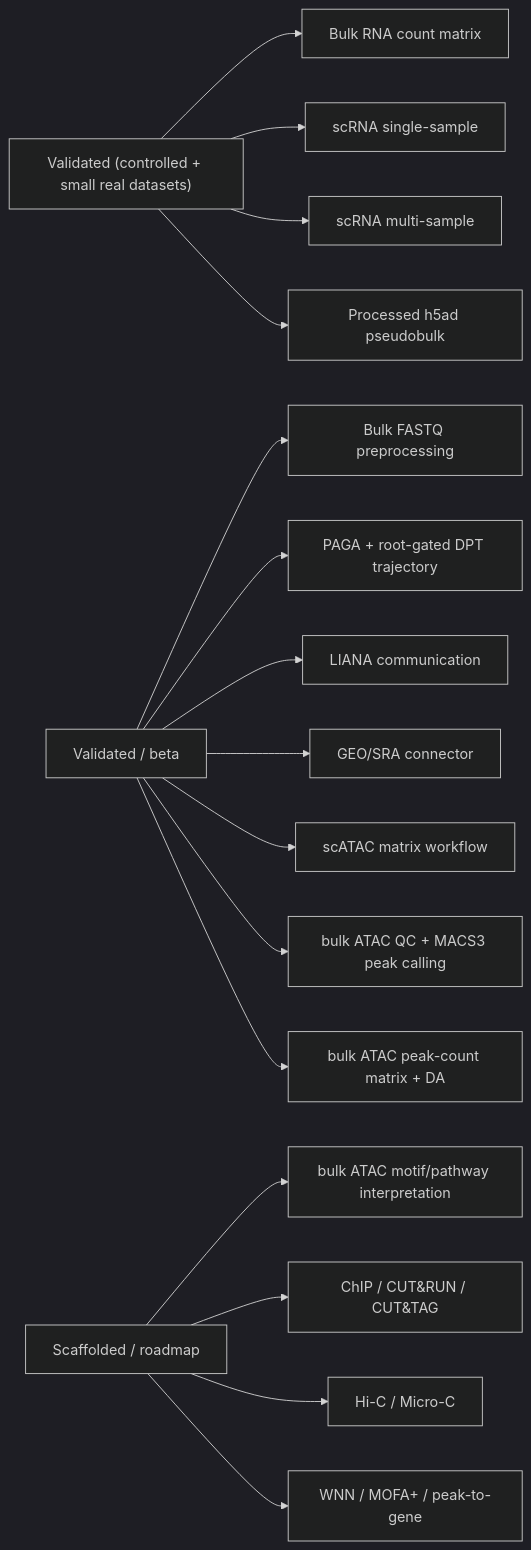
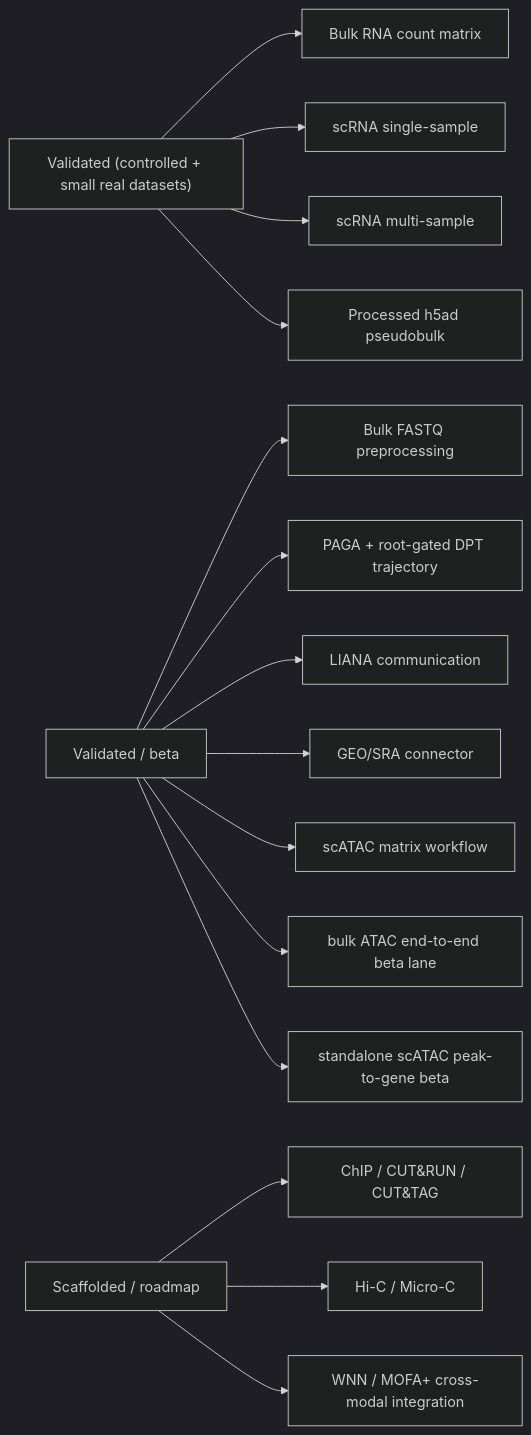
One commit to Olascoaga/aria-omics changed the diagram in docs/diagrams/validation_boundary.mmd. Above: the diagram before and after it, drawn with Mermaid (dark theme). The commit also changed 19 other files, not shown here.

```diff
--- a/docs/diagrams/validation_boundary.mmd
+++ b/docs/diagrams/validation_boundary.mmd
@@ -1,16 +1,15 @@
 flowchart LR
     A["Validated (controlled + small real datasets)"] --> A1[Bulk RNA count matrix]
     A --> A2[scRNA single-sample]
     A --> A3[scRNA multi-sample]
     A --> A4[Processed h5ad pseudobulk]
     B[Validated / beta] --> B1[Bulk FASTQ preprocessing]
     B --> B2[PAGA + root-gated DPT trajectory]
     B --> B3[LIANA communication]
     B --> B4[GEO/SRA connector]
     B --> B5[scATAC matrix workflow]
-    B --> B6[bulk ATAC QC + MACS3 peak calling]
-    B --> B7[bulk ATAC peak-count matrix + DA]
-    C[Scaffolded / roadmap] --> C1[bulk ATAC motif/pathway interpretation]
-    C --> C2[ChIP / CUT&RUN / CUT&TAG]
-    C --> C3[Hi-C / Micro-C]
-    C --> C4[WNN / MOFA+ / peak-to-gene]
+    B --> B6[bulk ATAC end-to-end beta lane]
+    B --> B7[standalone scATAC peak-to-gene beta]
+    C[Scaffolded / roadmap] --> C1[ChIP / CUT&RUN / CUT&TAG]
+    C --> C2[Hi-C / Micro-C]
+    C --> C3[WNN / MOFA+ cross-modal integration]
```
